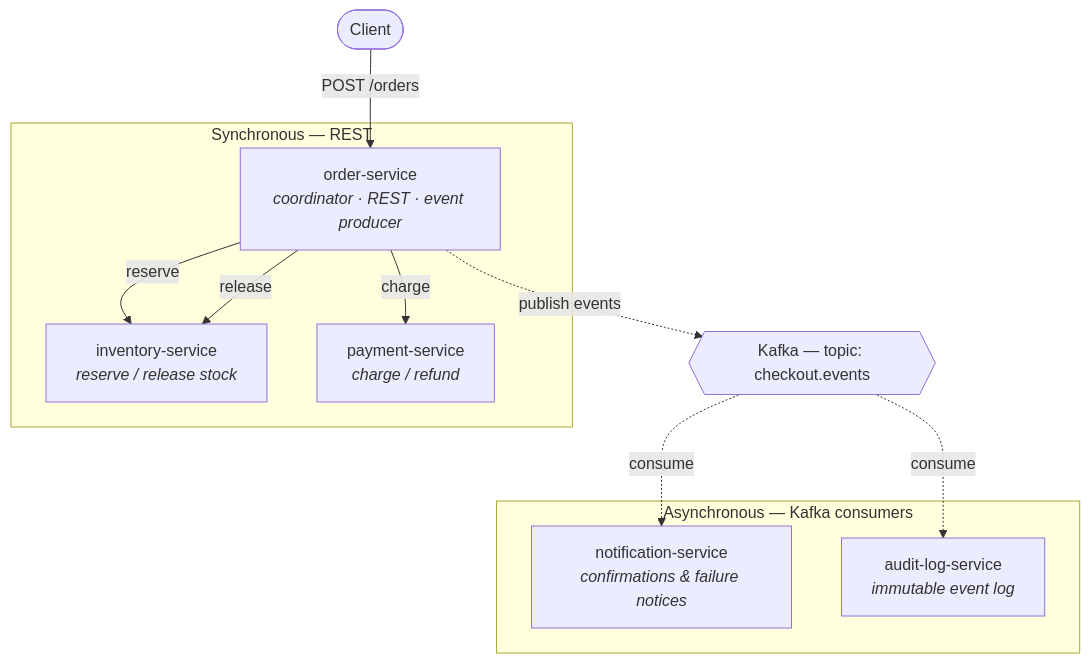
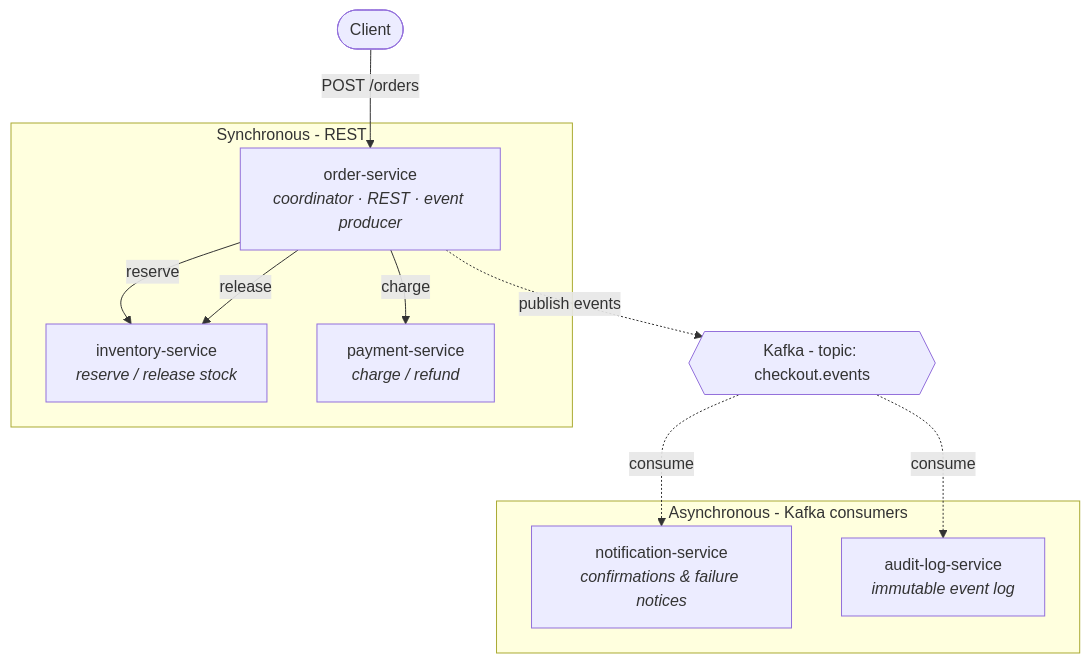
The diagram in README.md (andy327/switchback-checkout), drawn with Mermaid before and after one commit. The commit also changed other lines of this file and 7 other files, not shown here.

````diff
--- a/README.md
+++ b/README.md
@@ -46,25 +46,25 @@
 ```mermaid
 flowchart TD
     client([Client])
 
-    subgraph sync["Synchronous — REST"]
+    subgraph sync["Synchronous - REST"]
         order["order-service<br/><i>coordinator · REST · event producer</i>"]
         inventory["inventory-service<br/><i>reserve / release stock</i>"]
         payment["payment-service<br/><i>charge / refund</i>"]
     end
 
-    kafka{{"Kafka — topic: checkout.events"}}
+    kafka{{"Kafka - topic: checkout.events"}}
 
-    subgraph async["Asynchronous — Kafka consumers"]
+    subgraph async["Asynchronous - Kafka consumers"]
         notification["notification-service<br/><i>confirmations & failure notices</i>"]
         audit["audit-log-service<br/><i>immutable event log</i>"]
     end
 
     client -- "POST /orders" --> order
     order -- "reserve" --> inventory
     order -- "charge" --> payment
     order -- "release" --> inventory
     order -. "publish events" .-> kafka
     kafka -. "consume" .-> notification
     kafka -. "consume" .-> audit
 ```
````
